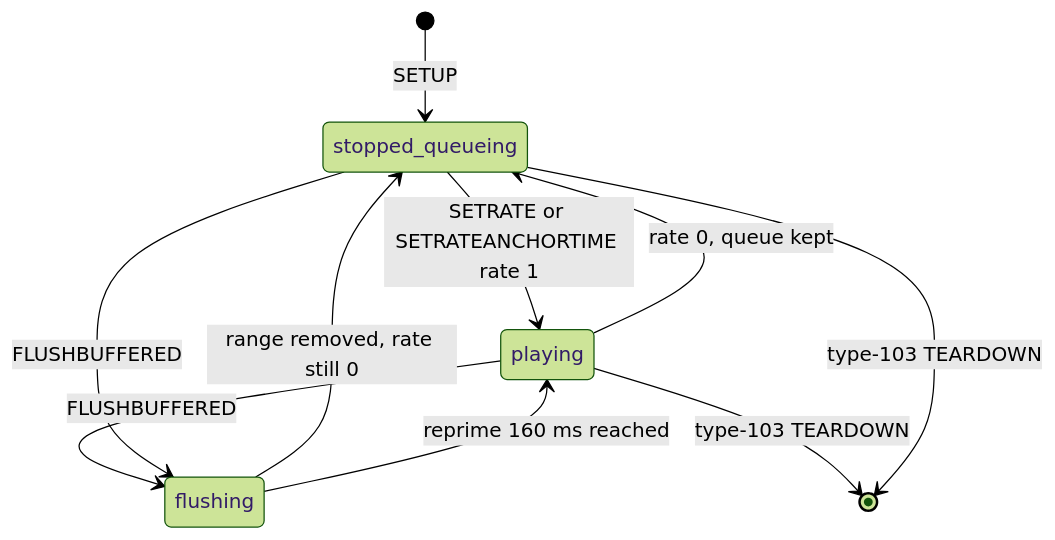
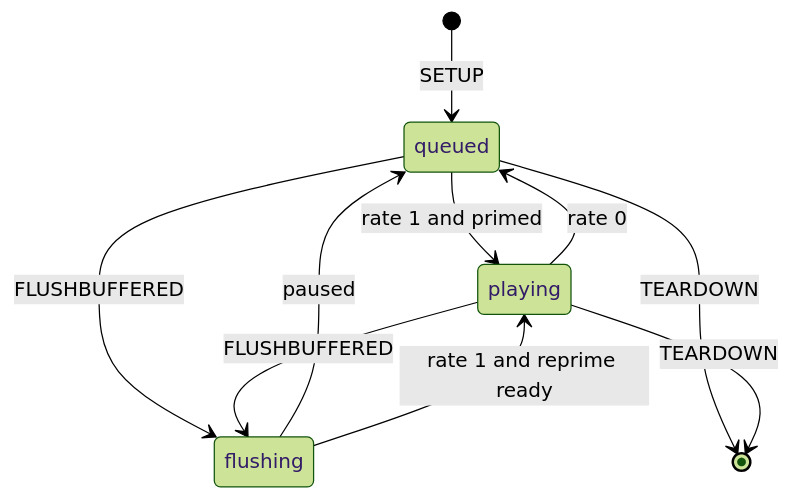
One commit to luka-dev/mib2q-carplay-rgi changed the diagram in docs/audio/BUFFERED_PLAYBACK_LIFECYCLE.md. Above: the diagram before and after it, drawn with Mermaid (forest theme). The commit also changed other lines of this file and 820 other files, not shown here.

````diff
--- a/docs/audio/BUFFERED_PLAYBACK_LIFECYCLE.md
+++ b/docs/audio/BUFFERED_PLAYBACK_LIFECYCLE.md
@@ -61,14 +13,14 @@
 ```mermaid
 stateDiagram-v2
-    accTitle: Type-103 presentation gate
-    accDescr: SETUP starts the stream stopped and queues authenticated records; rate one drains the queue in order; rate zero stops presentation but keeps the queue; flush removes a range and reprimes; teardown releases everything.
-    [*] --> stopped_queueing: SETUP
-    stopped_queueing --> playing: SETRATE or SETRATEANCHORTIME rate 1
-    playing --> stopped_queueing: rate 0, queue kept
-    playing --> flushing: FLUSHBUFFERED
-    stopped_queueing --> flushing: FLUSHBUFFERED
-    flushing --> stopped_queueing: range removed, rate still 0
-    flushing --> playing: reprime 160 ms reached
-    playing --> [*]: type-103 TEARDOWN
-    stopped_queueing --> [*]: type-103 TEARDOWN
+  accTitle: Buffered presentation state
+  accDescr: Setup queues without playing, explicit rate one starts playback, rate zero pauses without discarding queued data, flush removes its specified range and teardown releases the stream.
+  [*] --> queued: SETUP
+  queued --> playing: rate 1 and primed
+  playing --> queued: rate 0
+  queued --> flushing: FLUSHBUFFERED
+  playing --> flushing: FLUSHBUFFERED
+  flushing --> queued: paused
+  flushing --> playing: rate 1 and reprime ready
+  queued --> [*]: TEARDOWN
+  playing --> [*]: TEARDOWN
 ```
````
